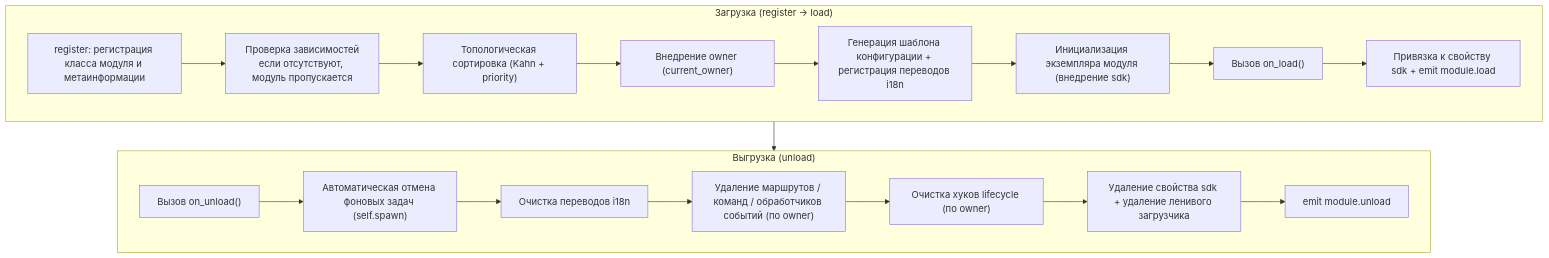
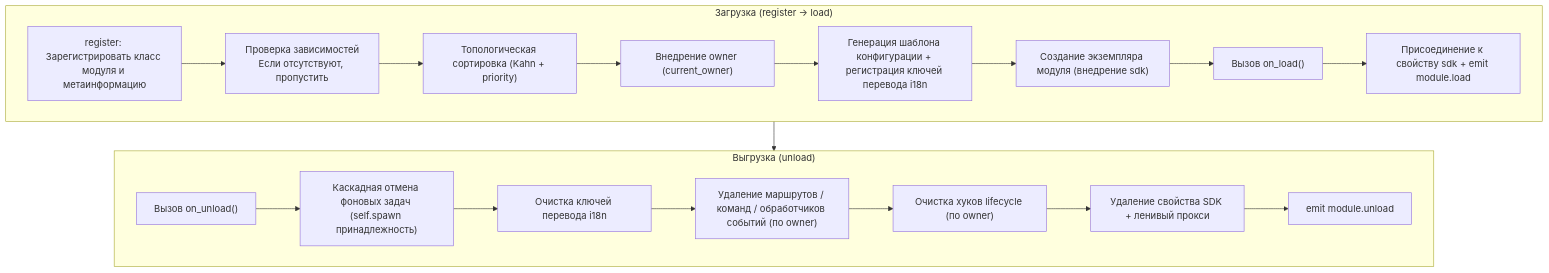
The diagram in docs/ru/developer-guide/modules/core-concepts.md (ErisPulse/ErisPulse), drawn with Mermaid before and after one commit. The commit also changed other lines of this file and 91 other files, not shown here.

````diff
--- a/docs/ru/developer-guide/modules/core-concepts.md
+++ b/docs/ru/developer-guide/modules/core-concepts.md
@@ -90,23 +90,23 @@
 ```mermaid
 flowchart TD
     subgraph Load["Загрузка (register → load)"]
-        L1["register: регистрация класса модуля и метаинформации"] --> L2["Проверка зависимостей<br/>если отсутствуют, модуль пропускается"]
+        L1["register: Зарегистрировать класс модуля и метаинформацию"] --> L2["Проверка зависимостей<br/>Если отсутствуют, пропустить"]
         L2 --> L3["Топологическая сортировка (Kahn + priority)"]
         L3 --> L4["Внедрение owner (current_owner)"]
-        L4 --> L5["Генерация шаблона конфигурации + регистрация переводов i18n"]
-        L5 --> L6["Инициализация экземпляра модуля (внедрение sdk)"]
+        L4 --> L5["Генерация шаблона конфигурации + регистрация ключей перевода i18n"]
+        L5 --> L6["Создание экземпляра модуля (внедрение sdk)"]
         L6 --> L7["Вызов on_load()"]
-        L7 --> L8["Привязка к свойству sdk + emit module.load"]
+        L7 --> L8["Присоединение к свойству sdk + emit module.load"]
     end
 
     subgraph Unload["Выгрузка (unload)"]
-        U1["Вызов on_unload()"] --> U2["Автоматическая отмена фоновых задач (self.spawn)"]
-        U2 --> U3["Очистка переводов i18n"]
+        U1["Вызов on_unload()"] --> U2["Каскадная отмена фоновых задач (self.spawn принадлежность)"]
+        U2 --> U3["Очистка ключей перевода i18n"]
         U3 --> U4["Удаление маршрутов / команд / обработчиков событий (по owner)"]
         U4 --> U5["Очистка хуков lifecycle (по owner)"]
-        U5 --> U6["Удаление свойства sdk + удаление ленивого загрузчика"]
+        U5 --> U6["Удаление свойства SDK + ленивый прокси"]
         U6 --> U7["emit module.unload"]
     end
 
     Load --> Unload
 ```
````
